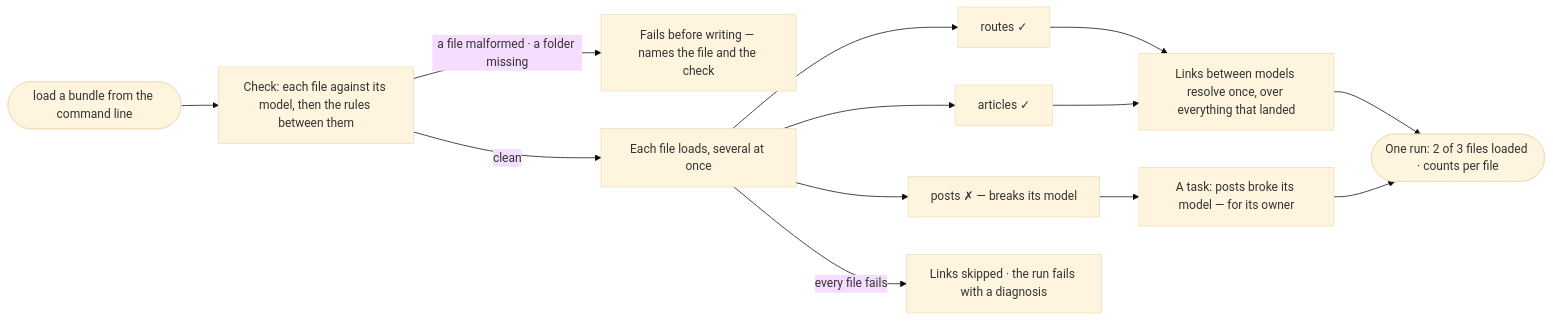
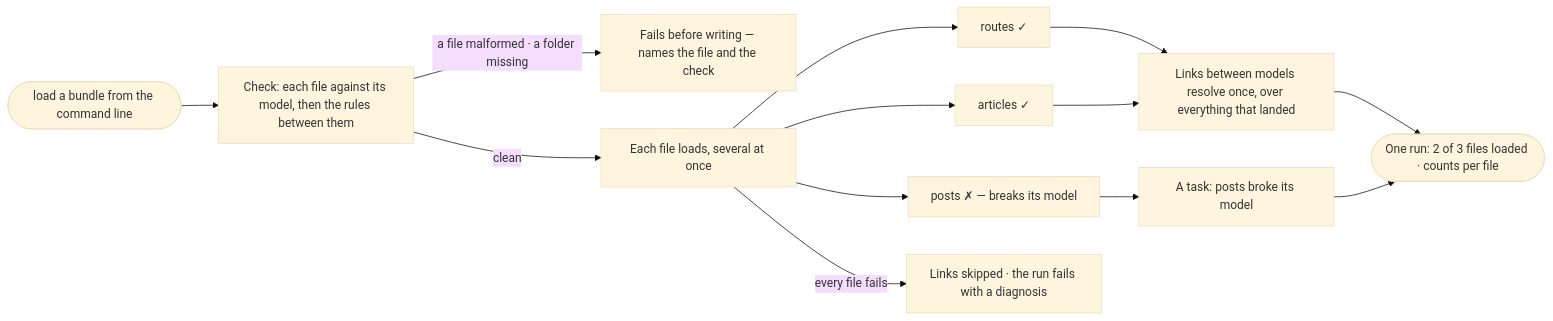
The diagram in specs/capabilities/records/features/RC-F02-bring-records-in/stories/RC-10-load-a-bundle-as-one-run/story.md (invana/invana), drawn with Mermaid (base theme) before and after one commit. The commit also changed other lines of this file and 300 other files, not shown here.

````diff
--- a/specs/capabilities/records/features/RC-F02-bring-records-in/stories/RC-10-load-a-bundle-as-one-run/story.md
+++ b/specs/capabilities/records/features/RC-F02-bring-records-in/stories/RC-10-load-a-bundle-as-one-run/story.md
@@ -27,15 +29,15 @@
 ```mermaid
 flowchart LR
   a([load a bundle from the command line]) --> ck["Check: each file against its model, then the rules between them"]
   ck -->|a file malformed · a folder missing| x["Fails before writing — names the file and the check"]
   ck -->|clean| ld["Each file loads, several at once"]
   ld --> ok1["routes ✓"]
   ld --> ok2["articles ✓"]
   ld --> bad["posts ✗ — breaks its model"]
   ok1 --> lk["Links between models resolve once, over everything that landed"]
   ok2 --> lk
-  bad --> tk["A task: posts broke its model — for its owner"]
+  bad --> tk["A task: posts broke its model"]
   lk --> rep(["One run: 2 of 3 files loaded · counts per file"])
   tk --> rep
   ld -->|every file fails| all["Links skipped · the run fails with a diagnosis"]
 ```
````
